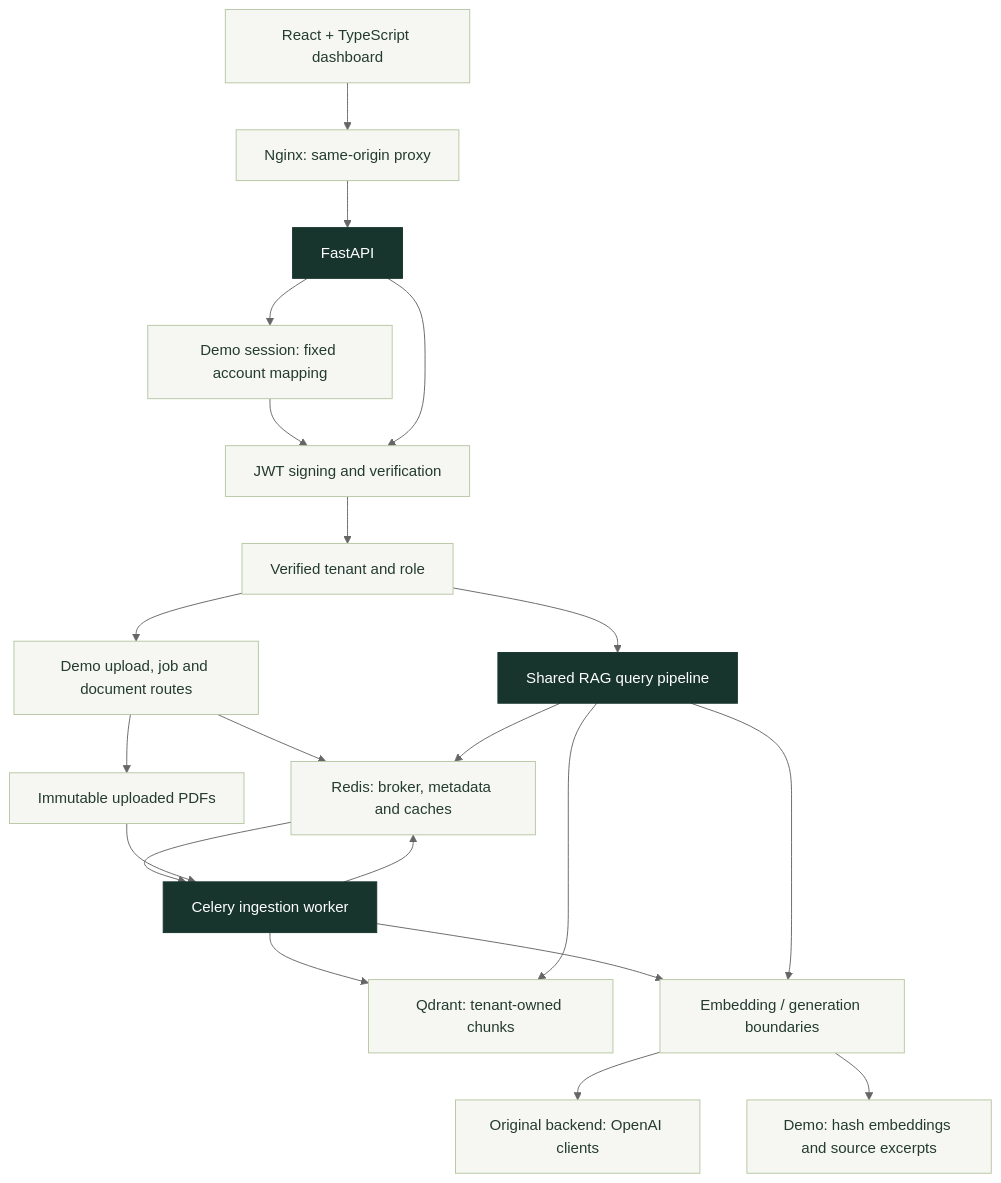
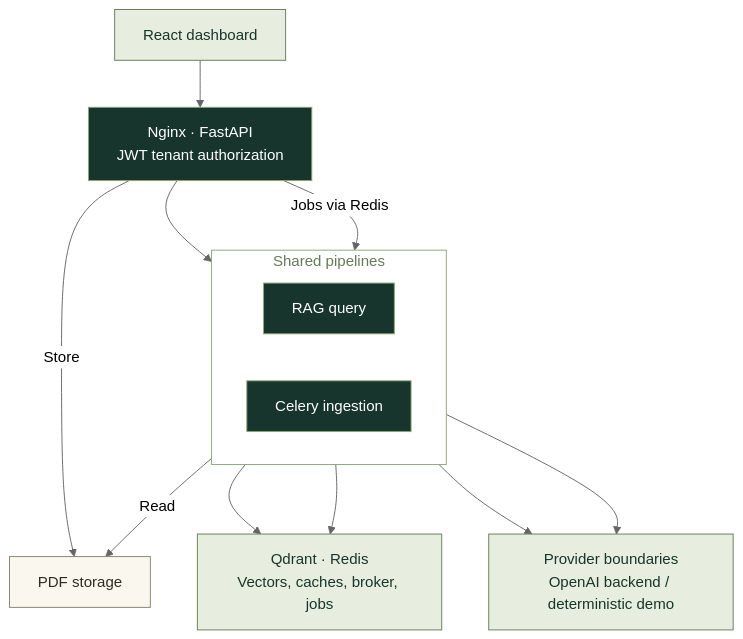
The diagram in README.md (iremdinc22/enterprise-rag-platform), drawn with Mermaid (neutral theme) before and after one commit. The commit also changed other lines of this file and 8 other files, not shown here.

````diff
--- a/README.md
+++ b/README.md
@@ -172,27 +47,24 @@
 ```mermaid
 flowchart TB
-    UI["React + TypeScript dashboard"] --> Proxy["Nginx: same-origin proxy"]
-    Proxy --> API["FastAPI"]
-    API --> Session["Demo session: fixed account mapping"]
-    Session --> JWT["JWT signing and verification"]
-    API --> JWT
-    JWT --> Scope["Verified tenant and role"]
-    Scope --> RAG["Shared RAG query pipeline"]
-    Scope --> Docs["Demo upload, job and document routes"]
-    Docs --> Files["Immutable uploaded PDFs"]
-    Docs --> Redis["Redis: broker, metadata and caches"]
-    Redis --> Worker["Celery ingestion worker"]
-    Worker --> Redis
-    Files --> Worker
-    Worker --> Qdrant["Qdrant: tenant-owned chunks"]
-    Worker --> Providers["Embedding / generation boundaries"]
-    RAG --> Redis
-    RAG --> Qdrant
-    RAG --> Providers
-    Providers --> OpenAI["Original backend: OpenAI clients"]
-    Providers --> Local["Demo: hash embeddings and source excerpts"]
-    classDef core fill:#17352c,stroke:#17352c,color:#ffffff;
-    classDef surface fill:#f6f7f2,stroke:#b6c7a3,color:#243b30;
-    class API,RAG,Worker core;
-    class UI,Proxy,Session,JWT,Scope,Docs,Files,Redis,Qdrant,Providers,OpenAI,Local surface;
+    UI["React dashboard"] --> API["Nginx · FastAPI<br/>JWT tenant authorization"]
+    subgraph Core["Shared pipelines"]
+        direction LR
+        RAG["RAG query"]
+        Worker["Celery ingestion"]
+    end
+    API --> RAG
+    API -->|"Jobs via Redis"| Worker
+    API -->|Store| Files["PDF storage"]
+    Worker -->|Read| Files
+    RAG --> Data["Qdrant · Redis<br/>Vectors, caches, broker, jobs"]
+    Worker --> Data
+    RAG --> Providers["Provider boundaries<br/>OpenAI backend / deterministic demo"]
+    Worker --> Providers
+    classDef forest fill:#17352c,stroke:#8da77c,color:#ffffff;
+    classDef sage fill:#e8eedf,stroke:#647b58,color:#17352c;
+    classDef cream fill:#faf7ee,stroke:#8a806b,color:#302c24;
+    class API,RAG,Worker forest;
+    class UI,Data,Providers sage;
+    class Files cream;
+    style Core fill:transparent,stroke:#8da77c,color:#647b58
 ```
````
